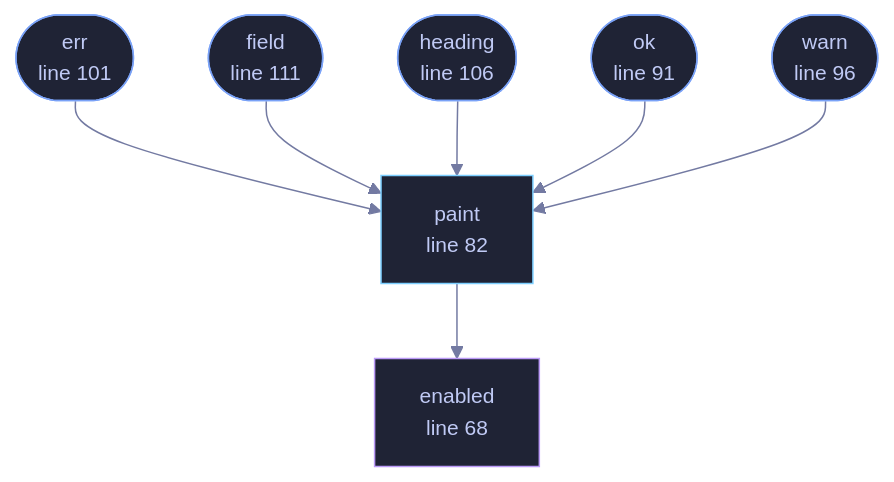
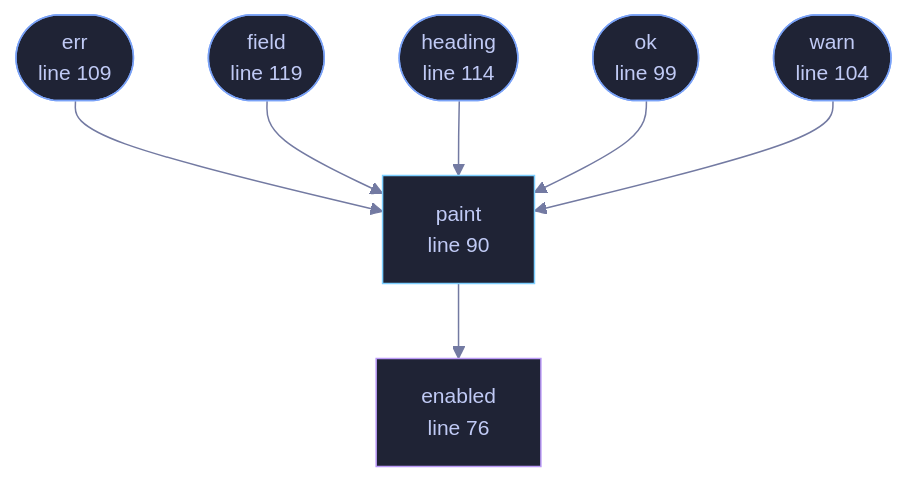
The diagram in docs/files/veilvoice-cli/theme.md (tilas01/veilvoice), drawn with Mermaid before and after one commit. The commit also changed other lines of this file and 85 other files, not shown here.

````diff
--- a/docs/files/veilvoice-cli/theme.md
+++ b/docs/files/veilvoice-cli/theme.md
@@ -95,30 +95,30 @@
 ```mermaid
 %%{init: {"theme":"base","themeVariables":{"background":"#1a1b26","primaryColor":"#1f2335","primaryTextColor":"#c0caf5","primaryBorderColor":"#7aa2f7","secondaryColor":"#16161e","tertiaryColor":"#16161e","lineColor":"#737aa2","textColor":"#c0caf5","mainBkg":"#1f2335","nodeBorder":"#7aa2f7","clusterBkg":"#16161e","clusterBorder":"#2f3549","fontFamily":"ui-monospace, SFMono-Regular, Consolas, monospace","fontSize":"14px"}}}%%
 flowchart TD
-    n_enabled["enabled<br/>line 68"]
-    n_paint["paint<br/>line 82"]
-    n_ok(["ok<br/>line 91"])
-    n_warn(["warn<br/>line 96"])
-    n_err(["err<br/>line 101"])
-    n_heading(["heading<br/>line 106"])
-    n_field(["field<br/>line 111"])
+    n_enabled["enabled<br/>line 76"]
+    n_paint["paint<br/>line 90"]
+    n_ok(["ok<br/>line 99"])
+    n_warn(["warn<br/>line 104"])
+    n_err(["err<br/>line 109"])
+    n_heading(["heading<br/>line 114"])
+    n_field(["field<br/>line 119"])
     n_err --> n_paint
     n_field --> n_paint
     n_heading --> n_paint
     n_ok --> n_paint
     n_paint --> n_enabled
     n_warn --> n_paint
-    click n_enabled href "https://github.com/tilas01/veilvoice/blob/main/crates/veilvoice-cli/src/theme.rs#L68" "open the source"
-    click n_paint href "https://github.com/tilas01/veilvoice/blob/main/crates/veilvoice-cli/src/theme.rs#L82" "open the source"
-    click n_ok href "https://github.com/tilas01/veilvoice/blob/main/crates/veilvoice-cli/src/theme.rs#L91" "open the source"
-    click n_warn href "https://github.com/tilas01/veilvoice/blob/main/crates/veilvoice-cli/src/theme.rs#L96" "open the source"
-    click n_err href "https://github.com/tilas01/veilvoice/blob/main/crates/veilvoice-cli/src/theme.rs#L101" "open the source"
-    click n_heading href "https://github.com/tilas01/veilvoice/blob/main/crates/veilvoice-cli/src/theme.rs#L106" "open the source"
-    click n_field href "https://github.com/tilas01/veilvoice/blob/main/crates/veilvoice-cli/src/theme.rs#L111" "open the source"
+    click n_enabled href "https://github.com/tilas01/veilvoice/blob/main/crates/veilvoice-cli/src/theme.rs#L76" "open the source"
+    click n_paint href "https://github.com/tilas01/veilvoice/blob/main/crates/veilvoice-cli/src/theme.rs#L90" "open the source"
+    click n_ok href "https://github.com/tilas01/veilvoice/blob/main/crates/veilvoice-cli/src/theme.rs#L99" "open the source"
+    click n_warn href "https://github.com/tilas01/veilvoice/blob/main/crates/veilvoice-cli/src/theme.rs#L104" "open the source"
+    click n_err href "https://github.com/tilas01/veilvoice/blob/main/crates/veilvoice-cli/src/theme.rs#L109" "open the source"
+    click n_heading href "https://github.com/tilas01/veilvoice/blob/main/crates/veilvoice-cli/src/theme.rs#L114" "open the source"
+    click n_field href "https://github.com/tilas01/veilvoice/blob/main/crates/veilvoice-cli/src/theme.rs#L119" "open the source"
     classDef entry fill:#1f2335,stroke:#7aa2f7,color:#c0caf5
     class n_ok,n_warn,n_err,n_heading,n_field entry
     classDef api fill:#1f2335,stroke:#7dcfff,color:#c0caf5
     class n_paint api
     classDef helper fill:#1f2335,stroke:#bb9af7,color:#c0caf5
     class n_enabled helper
 ```
````
